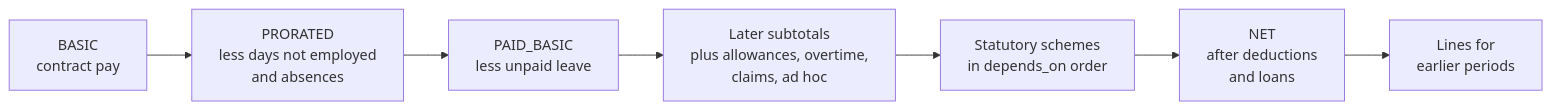
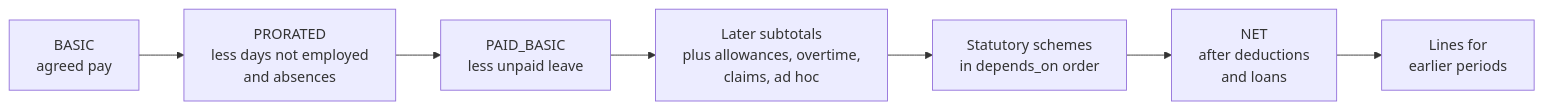
One commit to norbital-ai/templates changed the third of 4 diagrams in hrms/docs/0001-hrms-calculation-architecture.md. Above: the diagram before and after it, drawn with Mermaid. The commit also changed other lines of this file and 179 other files, not shown here.

````diff
--- a/hrms/docs/0001-hrms-calculation-architecture.md
+++ b/hrms/docs/0001-hrms-calculation-architecture.md
@@ -400,9 +403,9 @@
 ```mermaid
 flowchart LR
-  basic[BASIC<br/>contract pay] --> prorated[PRORATED<br/>less days not employed<br/>and absences]
+  basic[BASIC<br/>agreed pay] --> prorated[PRORATED<br/>less days not employed<br/>and absences]
   prorated --> paidbasic[PAID_BASIC<br/>less unpaid leave]
   paidbasic --> later[Later subtotals<br/>plus allowances, overtime,<br/>claims, ad hoc]
   later --> statutory[Statutory schemes<br/>in depends_on order]
   statutory --> net[NET<br/>after deductions<br/>and loans]
   net --> carried[Lines for<br/>earlier periods]
 ```
````
